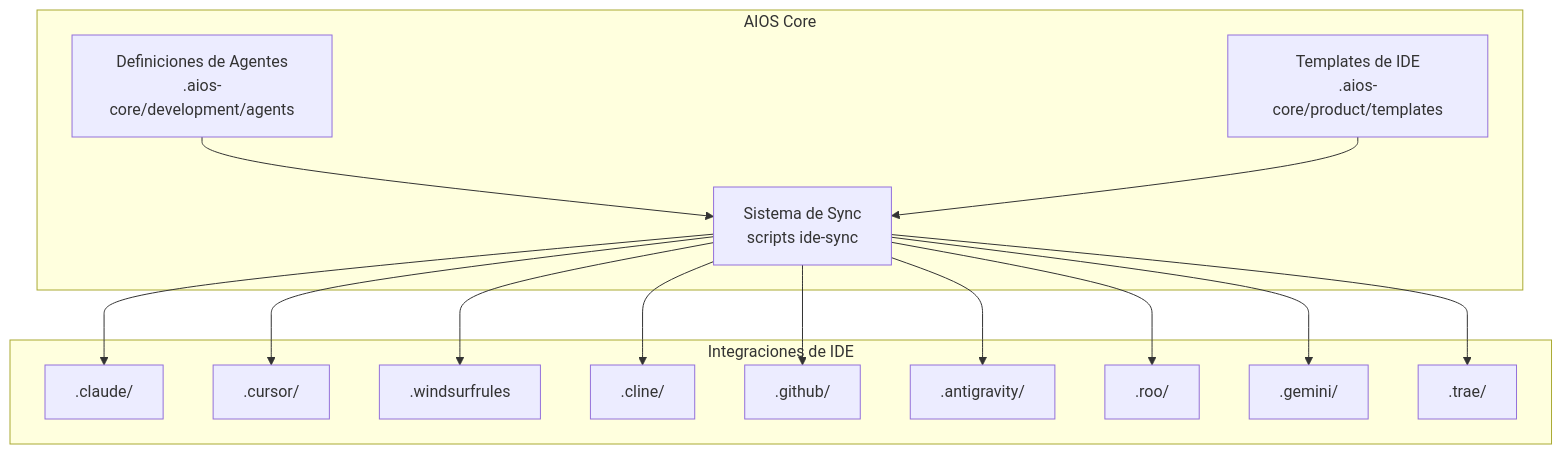
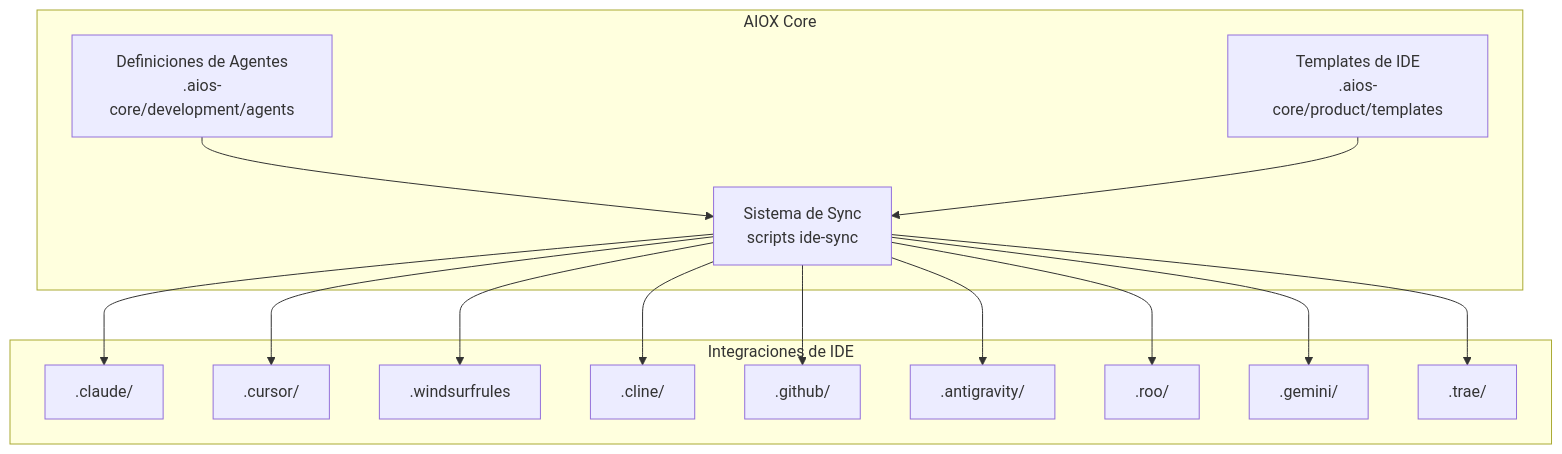
One commit to fabioeducacross/-Book-de-Resultados changed the second of 3 diagrams in docs/es/platforms/README.md. Above: the diagram before and after it, drawn with Mermaid. The commit also changed other lines of this file and 867 other files, not shown here.

First line of the commit message:
chore: update aios-core, tests, configs and documentation

````diff
--- a/docs/es/platforms/README.md
+++ b/docs/es/platforms/README.md
@@ -235,32 +235,32 @@
 ```mermaid
 graph TD
-    subgraph "AIOS Core"
+    subgraph "AIOX Core"
         Agents["Definiciones de Agentes<br/>.aios-core/development/agents"]
         Templates["Templates de IDE<br/>.aios-core/product/templates"]
         Sync["Sistema de Sync<br/>scripts ide-sync"]
     end
 
     subgraph "Integraciones de IDE"
         CC[".claude/"]
         CU[".cursor/"]
         WS[".windsurfrules"]
         CL[".cline/"]
         GH[".github/"]
         AG[".antigravity/"]
         RO[".roo/"]
         GE[".gemini/"]
         TR[".trae/"]
     end
 
     Agents --> Sync
     Templates --> Sync
     Sync --> CC
     Sync --> CU
     Sync --> WS
     Sync --> CL
     Sync --> GH
     Sync --> AG
     Sync --> RO
     Sync --> GE
     Sync --> TR
 ```
````
